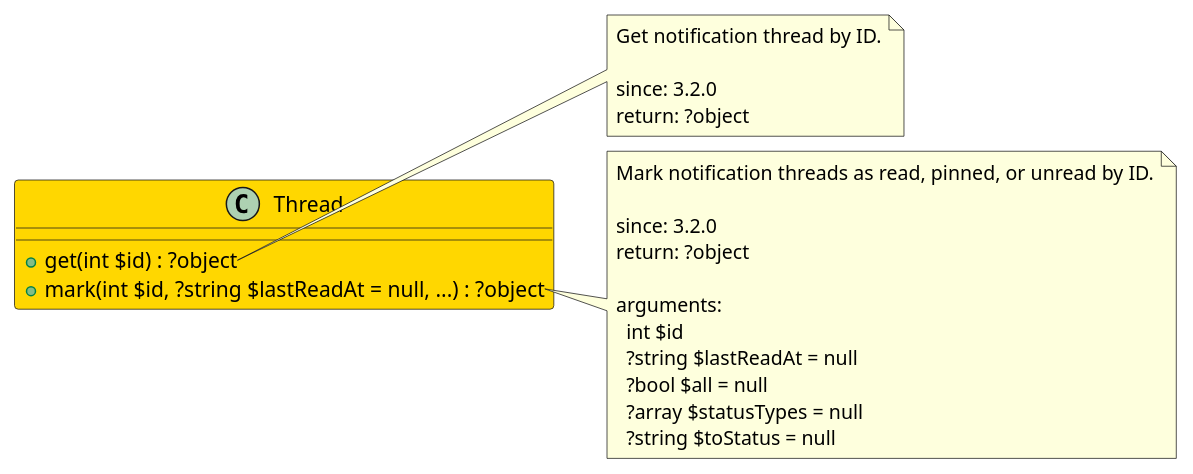
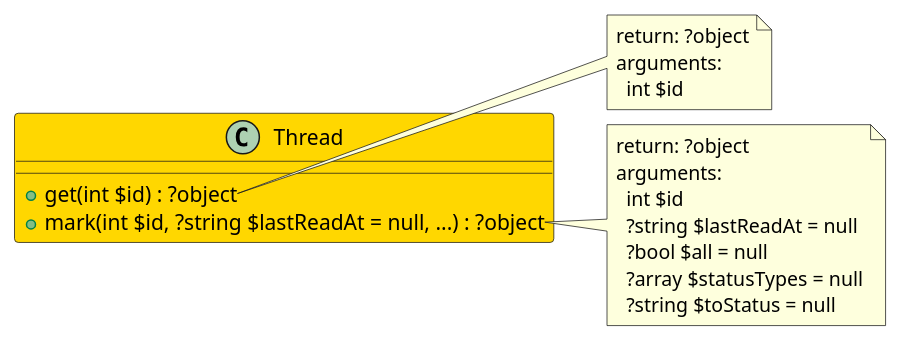
Before and after one commit to joomengine/gitea: the diagram in src/db14e345-c3d9-4dda-8534-4963cd6ca6f5/README.md, drawn with PlantUML. The commit also changed 370 other files, not shown here.

````diff
--- a/src/db14e345-c3d9-4dda-8534-4963cd6ca6f5/README.md
+++ b/src/db14e345-c3d9-4dda-8534-4963cd6ca6f5/README.md
@@ -6,31 +6,26 @@
 ```uml
 @startuml
 
-class Thread  #Gold {
+class Thread #Gold {
   + get(int $id) : ?object
   + mark(int $id, ?string $lastReadAt = null, ...) : ?object
 }
 
 note right of Thread::get
-  Get notification thread by ID.
-
-  since: 3.2.0
   return: ?object
+  arguments:
+    int $id
 end note
 
 note right of Thread::mark
-  Mark notification threads as read, pinned, or unread by ID.
-
-  since: 3.2.0
   return: ?object
-  
   arguments:
     int $id
     ?string $lastReadAt = null
     ?bool $all = null
     ?array $statusTypes = null
     ?string $toStatus = null
 end note
 
 @enduml
 ```
````
